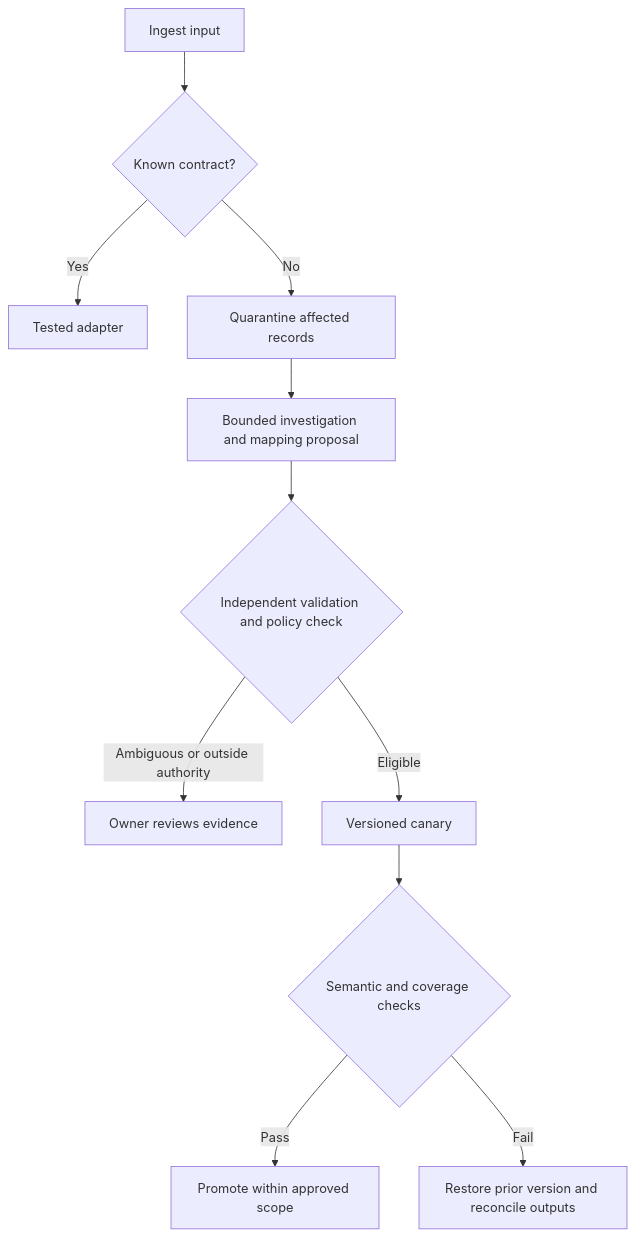
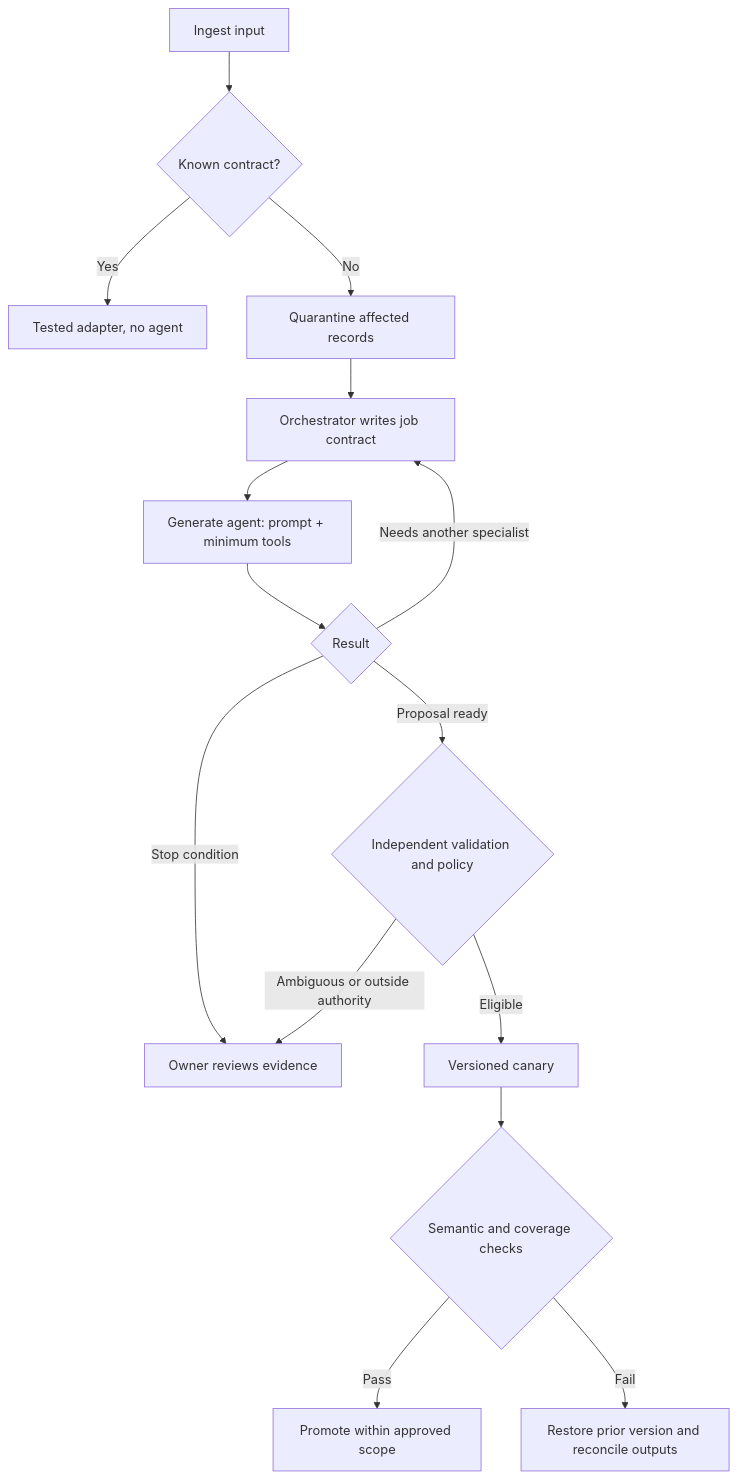
The first of 2 diagrams in artifacts/speaking-portfolio-expanded/packets/adaptive-systems/contracts.md (justsml/dans-blog), drawn with Mermaid before and after one commit. The commit also changed other lines of this file and 99 other files, not shown here.

````diff
--- a/artifacts/speaking-portfolio-expanded/packets/adaptive-systems/contracts.md
+++ b/artifacts/speaking-portfolio-expanded/packets/adaptive-systems/contracts.md
@@ -44,13 +44,17 @@
 ```mermaid
 flowchart TD
   I[Ingest input] --> K{Known contract?}
-  K -->|Yes| D[Tested adapter]
+  K -->|Yes| D[Tested adapter, no agent]
   K -->|No| Q[Quarantine affected records]
-  Q --> P[Bounded investigation and mapping proposal]
-  P --> V{Independent validation and policy check}
-  V -->|Ambiguous or outside authority| H[Owner reviews evidence]
+  Q --> O[Orchestrator writes job contract]
+  O --> G[Generate agent: prompt + minimum tools]
+  G --> R{Result}
+  R -->|Needs another specialist| O
+  R -->|Proposal ready| V{Independent validation and policy}
+  R -->|Stop condition| H[Owner reviews evidence]
+  V -->|Ambiguous or outside authority| H
   V -->|Eligible| C[Versioned canary]
-  C --> R{Semantic and coverage checks}
-  R -->|Pass| A[Promote within approved scope]
-  R -->|Fail| B[Restore prior version and reconcile outputs]
+  C --> S{Semantic and coverage checks}
+  S -->|Pass| A[Promote within approved scope]
+  S -->|Fail| B[Restore prior version and reconcile outputs]
 ```
````
